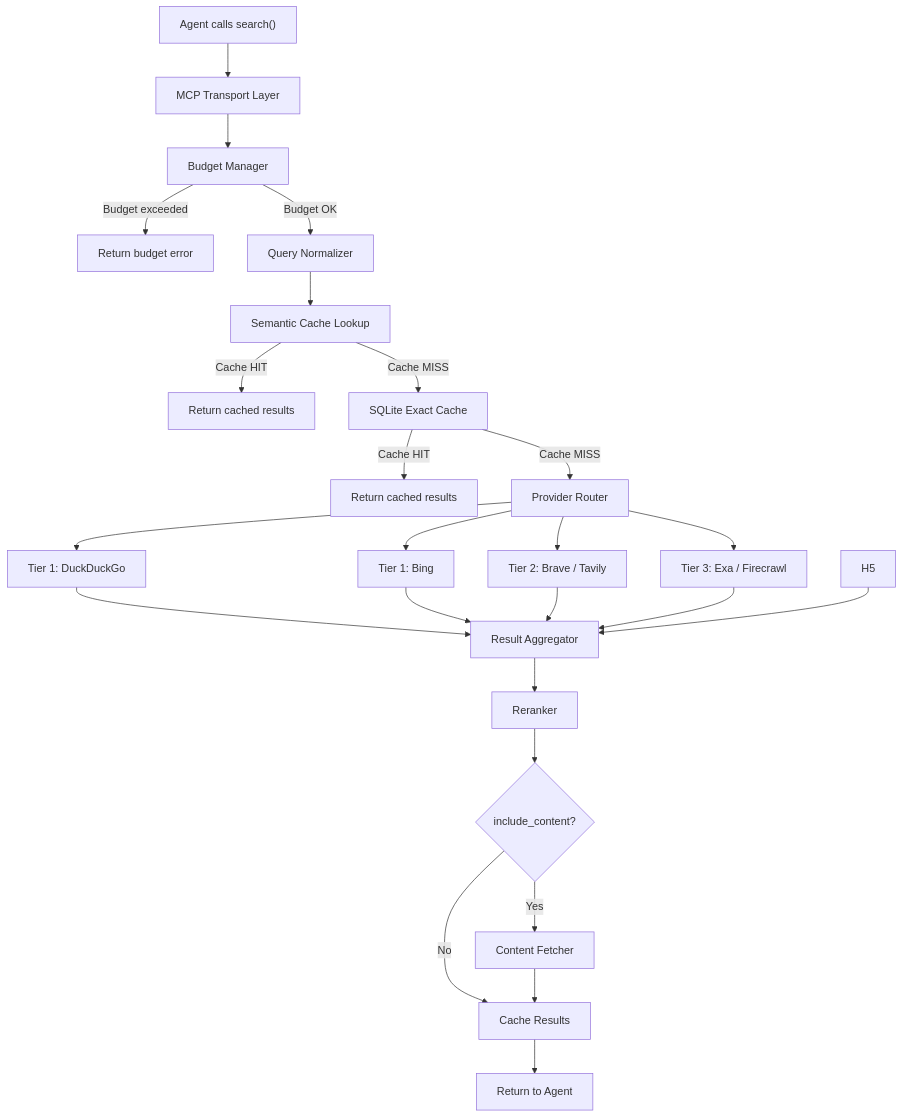
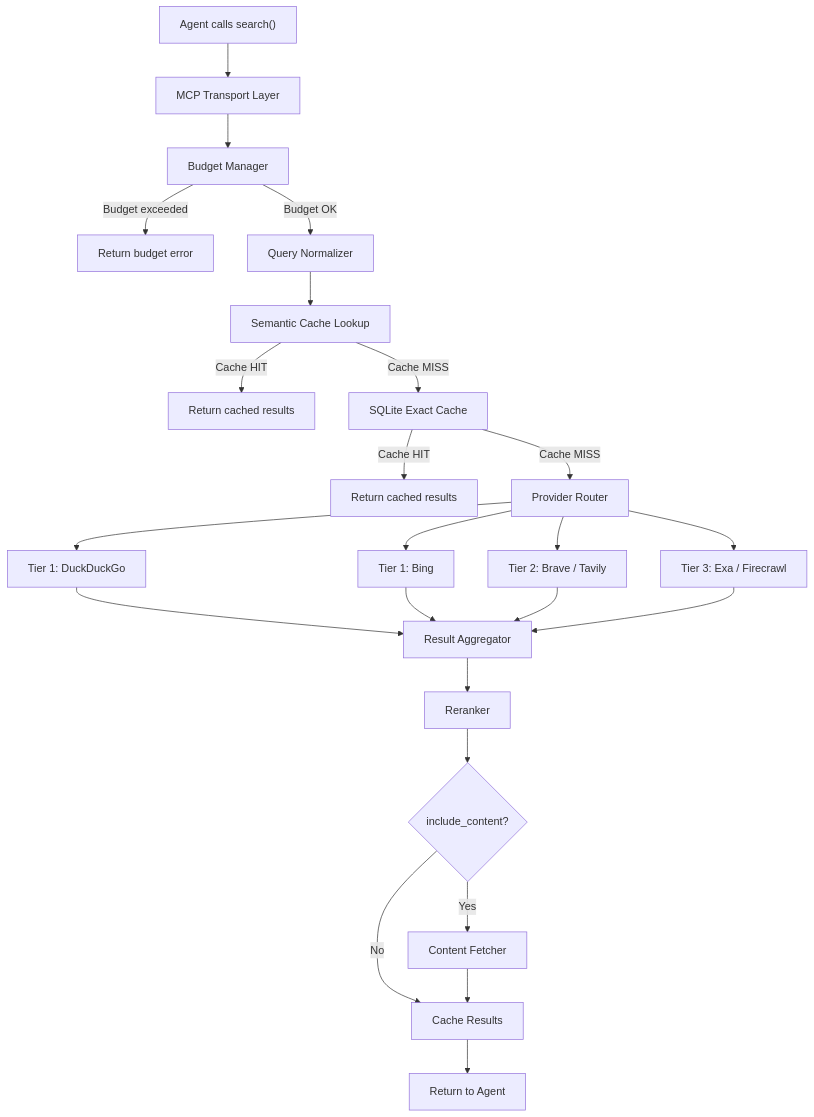
One commit to ilgizar-valiullin/mcp_search changed the first of 3 diagrams in docs/architecture.md. Above: the diagram before and after it, drawn with Mermaid.

Commit message:
fix: remove dangling H5 reference in architecture diagram

````diff
--- a/docs/architecture.md
+++ b/docs/architecture.md
@@ -7,27 +7,26 @@
 ```mermaid
 flowchart TD
     A["Agent calls search()"] --> B[MCP Transport Layer]
     B --> C[Budget Manager]
     C -->|Budget exceeded| C_ERR[Return budget error]
     C -->|Budget OK| D[Query Normalizer]
     D --> E[Semantic Cache Lookup]
     E -->|Cache HIT| F_CACHED[Return cached results]
     E -->|Cache MISS| F[SQLite Exact Cache]
     F -->|Cache HIT| G_CACHED[Return cached results]
     F -->|Cache MISS| G[Provider Router]
     G --> H1[Tier 1: DuckDuckGo]
     G --> H2[Tier 1: Bing]
     G --> H3[Tier 2: Brave / Tavily]
     G --> H4[Tier 3: Exa / Firecrawl]
     H1 --> I[Result Aggregator]
     H2 --> I
     H3 --> I
     H4 --> I
-    H5 --> I
     I --> J[Reranker]
     J --> K{include_content?}
     K -->|Yes| L[Content Fetcher]
     K -->|No| M[Cache Results]
     L --> M
     M --> N[Return to Agent]
 ```
````
